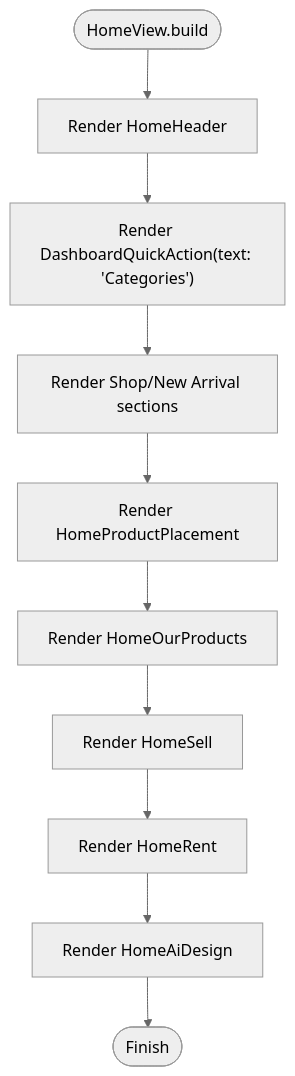
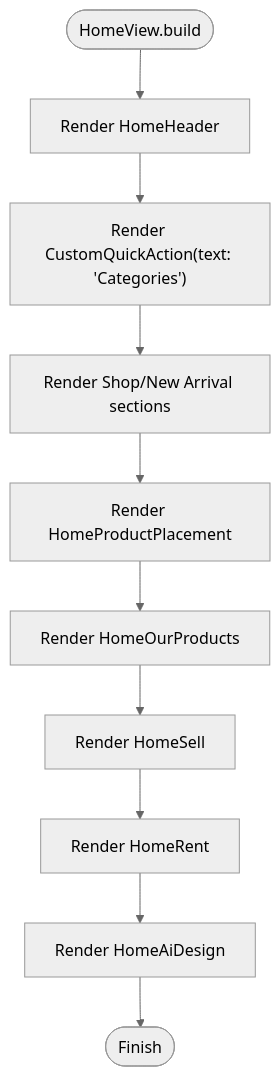
The fourth of 10 diagrams in .qoder/repowiki/en/content/Core Features/Dashboard and Navigation.md (Ariful3111/FurniGo), drawn with Mermaid (neutral theme) before and after one commit. The commit also changed other lines of this file and 67 other files, not shown here.

````diff
--- a/.qoder/repowiki/en/content/Core Features/Dashboard and Navigation.md
+++ b/.qoder/repowiki/en/content/Core Features/Dashboard and Navigation.md
@@ -198,12 +224,12 @@
 ```mermaid
 flowchart TD
 Start(["HomeView.build"]) --> Header["Render HomeHeader"]
-Header --> Quick["Render DashboardQuickAction(text: 'Categories')"]
+Header --> Quick["Render CustomQuickAction(text: 'Categories')"]
 Quick --> Sections["Render Shop/New Arrival sections"]
 Sections --> Placement["Render HomeProductPlacement"]
 Placement --> Products["Render HomeOurProducts"]
 Products --> Sell["Render HomeSell"]
 Sell --> Rent["Render HomeRent"]
 Rent --> AI["Render HomeAiDesign"]
 AI --> End(["Finish"])
 ```
````
